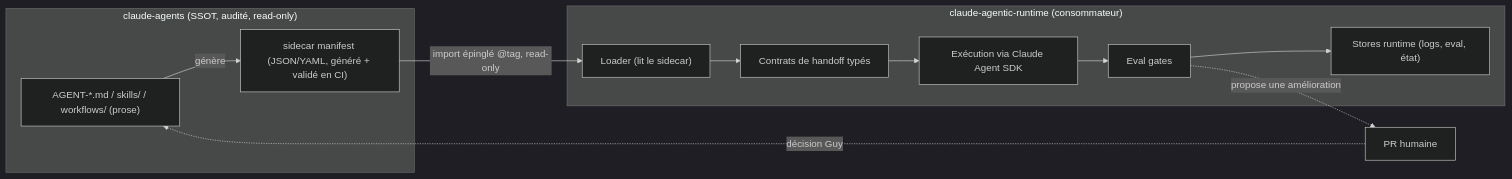
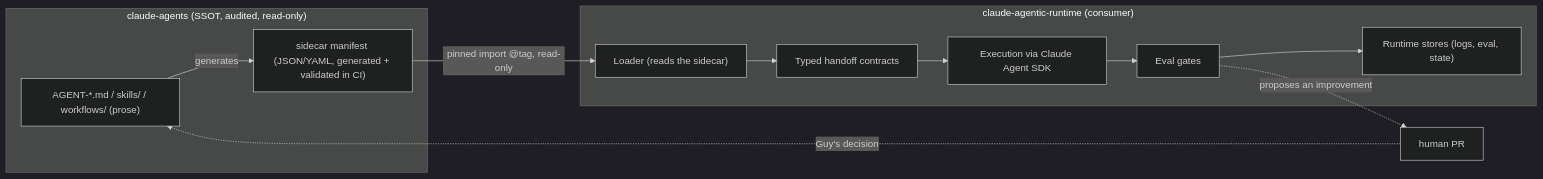
The diagram in docs/ARCHITECTURE.md (guyhui01/claude-agentic-runtime), drawn with Mermaid (dark theme) before and after one commit. The commit also changed other lines of this file and 18 other files, not shown here.

````diff
--- a/docs/ARCHITECTURE.md
+++ b/docs/ARCHITECTURE.md
@@ -9,19 +9,19 @@
 ```mermaid
 flowchart LR
-    subgraph SSOT["claude-agents (SSOT, audité, read-only)"]
+    subgraph SSOT["claude-agents (SSOT, audited, read-only)"]
         A["AGENT-*.md / skills/ / workflows/ (prose)"]
-        S["sidecar manifest (JSON/YAML, généré + validé en CI)"]
-        A -->|génère| S
+        S["sidecar manifest (JSON/YAML, generated + validated in CI)"]
+        A -->|generates| S
     end
-    subgraph RT["claude-agentic-runtime (consommateur)"]
-        L["Loader (lit le sidecar)"]
-        C["Contrats de handoff typés"]
+    subgraph RT["claude-agentic-runtime (consumer)"]
+        L["Loader (reads the sidecar)"]
+        C["Typed handoff contracts"]
         G["Eval gates"]
-        E["Exécution via Claude Agent SDK"]
-        ST["Stores runtime (logs, eval, état)"]
+        E["Execution via Claude Agent SDK"]
+        ST["Runtime stores (logs, eval, state)"]
         L --> C --> E --> G --> ST
     end
-    S -->|import épinglé @tag, read-only| L
-    G -.->|propose une amélioration| PR["PR humaine"]
-    PR -.->|décision Guy| A
+    S -->|pinned import @tag, read-only| L
+    G -.->|proposes an improvement| PR["human PR"]
+    PR -.->|Guy's decision| A
 ```
````
